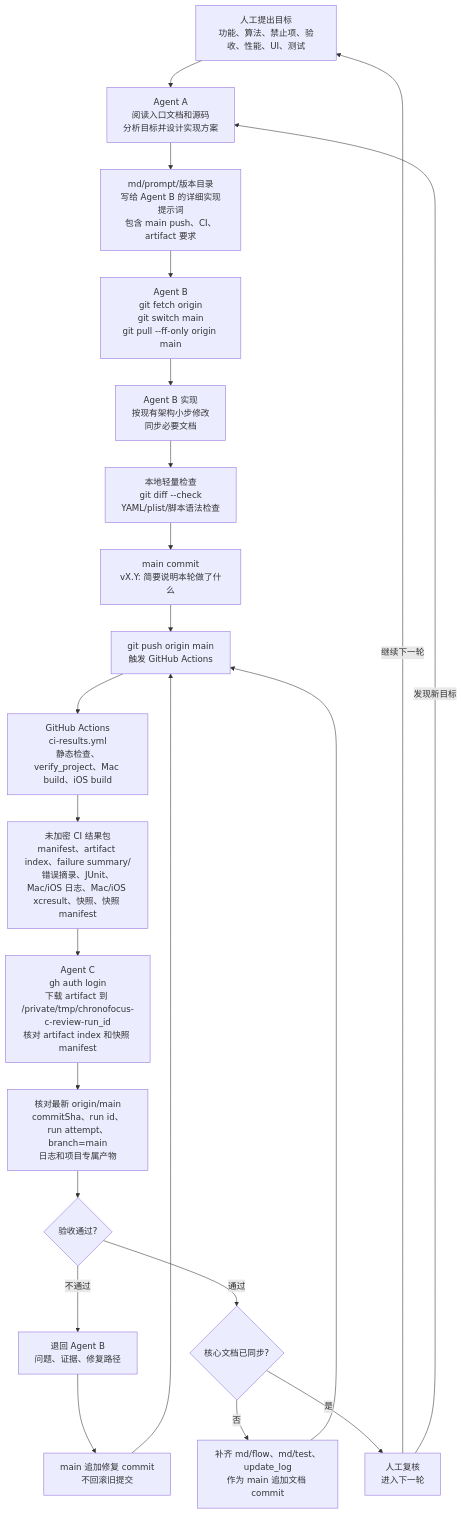
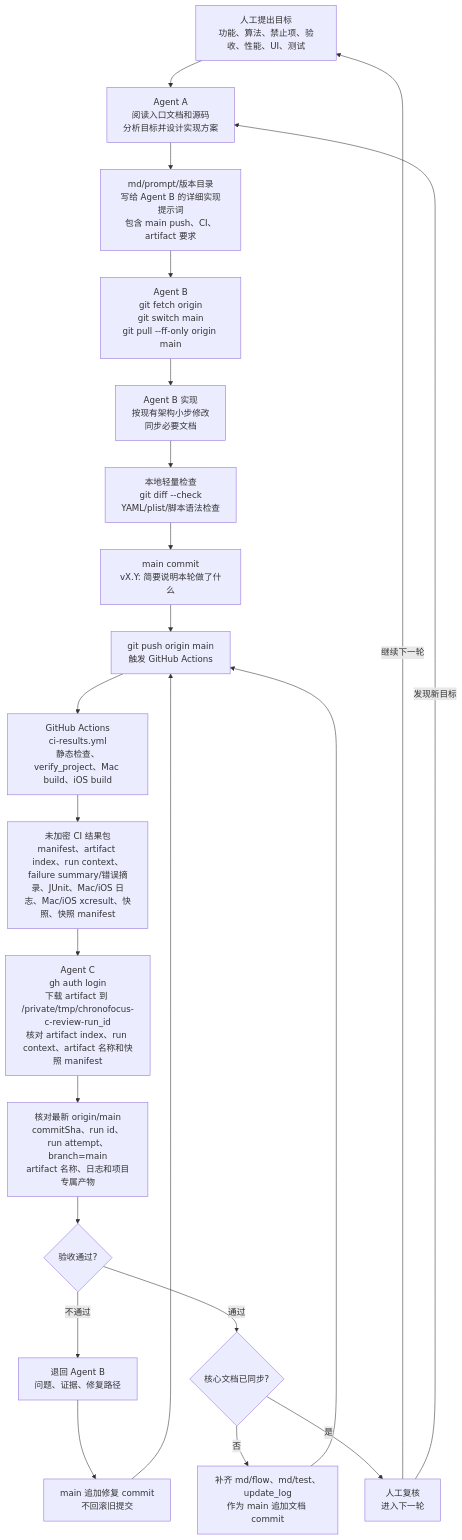
Before and after one commit to Altman-sam114/114: the fifth of 6 diagrams in md/flow/flowchart.md, drawn with Mermaid. The commit also changed other lines of this file and 7 other files, not shown here.

````diff
--- a/md/flow/flowchart.md
+++ b/md/flow/flowchart.md
@@ -102,24 +102,24 @@
 ```mermaid
 flowchart TD
   H["人工提出目标<br/>功能、算法、禁止项、验收、性能、UI、测试"] --> A["Agent A<br/>阅读入口文档和源码<br/>分析目标并设计实现方案"]
   A --> P["md/prompt/版本目录<br/>写给 Agent B 的详细实现提示词<br/>包含 main push、CI、artifact 要求"]
   P --> B0["Agent B<br/>git fetch origin<br/>git switch main<br/>git pull --ff-only origin main"]
   B0 --> B1["Agent B 实现<br/>按现有架构小步修改<br/>同步必要文档"]
   B1 --> L["本地轻量检查<br/>git diff --check<br/>YAML/plist/脚本语法检查"]
   L --> G["main commit<br/>vX.Y: 简要说明本轮做了什么"]
   G --> PUSH["git push origin main<br/>触发 GitHub Actions"]
   PUSH --> CI["GitHub Actions<br/>ci-results.yml<br/>静态检查、verify_project、Mac build、iOS build"]
-  CI --> ART["未加密 CI 结果包<br/>manifest、artifact index、failure summary/错误摘录、JUnit、Mac/iOS 日志、Mac/iOS xcresult、快照、快照 manifest"]
-  ART --> C["Agent C<br/>gh auth login<br/>下载 artifact 到 /private/tmp/chronofocus-c-review-run_id<br/>核对 artifact index 和快照 manifest"]
-  C --> V["核对最新 origin/main<br/>commitSha、run id、run attempt、branch=main<br/>日志和项目专属产物"]
+  CI --> ART["未加密 CI 结果包<br/>manifest、artifact index、run context、failure summary/错误摘录、JUnit、Mac/iOS 日志、Mac/iOS xcresult、快照、快照 manifest"]
+  ART --> C["Agent C<br/>gh auth login<br/>下载 artifact 到 /private/tmp/chronofocus-c-review-run_id<br/>核对 artifact index、run context、artifact 名称和快照 manifest"]
+  C --> V["核对最新 origin/main<br/>commitSha、run id、run attempt、branch=main<br/>artifact 名称、日志和项目专属产物"]
   V --> PASS{"验收通过?"}
   PASS -->|不通过| BACK["退回 Agent B<br/>问题、证据、修复路径"]
   BACK --> FIX["main 追加修复 commit<br/>不回滚旧提交"]
   FIX --> PUSH
   PASS -->|通过| DOC{"核心文档已同步?"}
   DOC -->|否| D["补齐 md/flow、md/test、update_log<br/>作为 main 追加文档 commit"]
   D --> PUSH
   DOC -->|是| J["人工复核<br/>进入下一轮"]
   J -->|继续下一轮| H
   J -->|发现新目标| A
 ```
````
